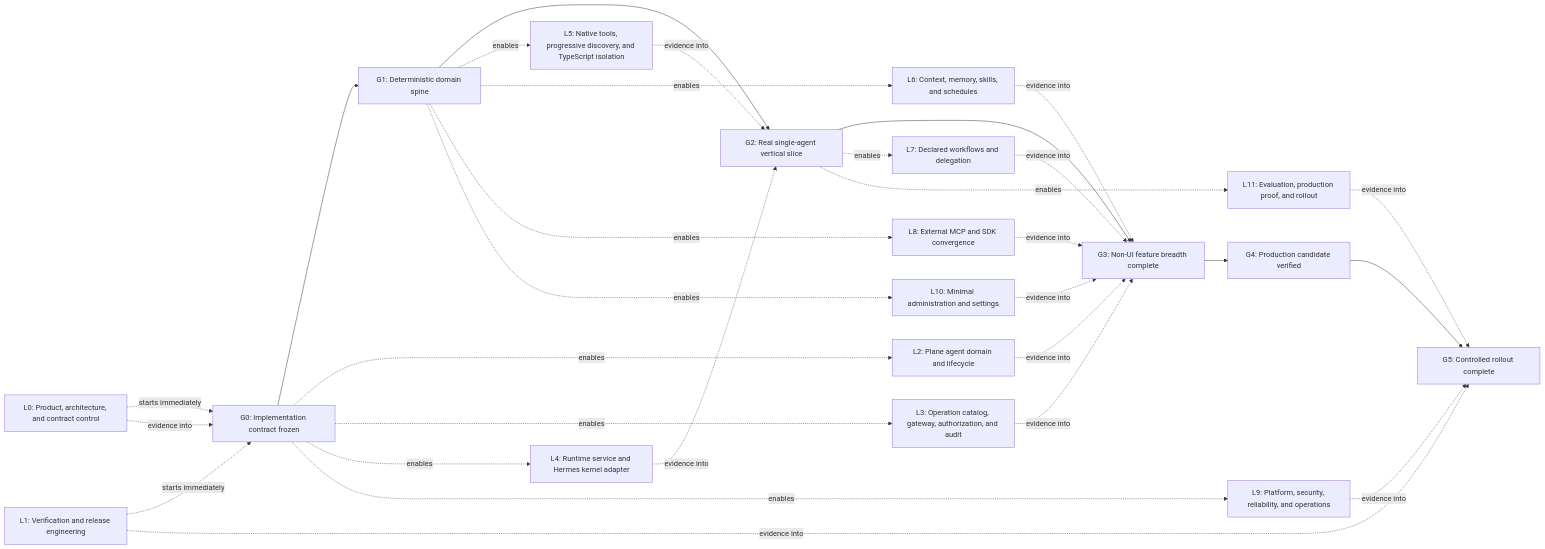
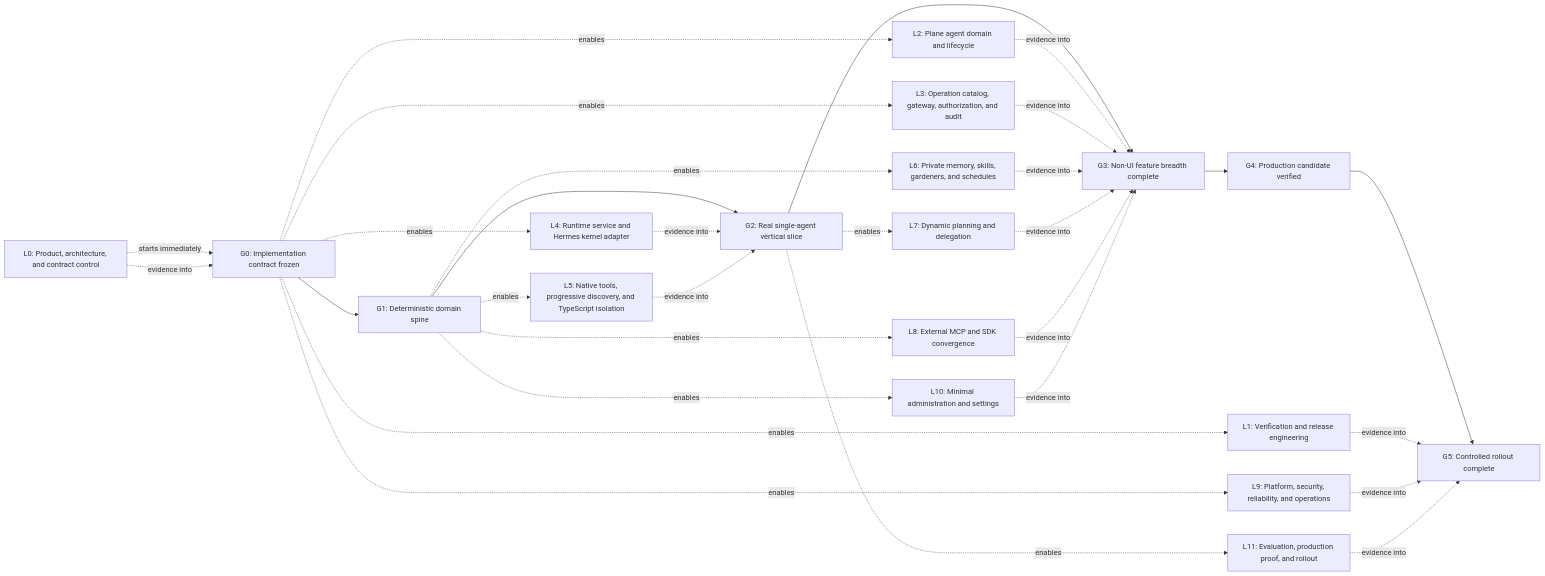
Before and after one commit to uxheavy/plane-runner: the diagram in docs/agent-tooling/NON-UI-IMPLEMENTATION-OVERVIEW.md, drawn with Mermaid. The commit also changed other lines of this file and 17 other files, not shown here.

````diff
--- a/docs/agent-tooling/NON-UI-IMPLEMENTATION-OVERVIEW.md
+++ b/docs/agent-tooling/NON-UI-IMPLEMENTATION-OVERVIEW.md
@@ -57,50 +57,50 @@
 ```mermaid
 flowchart LR
     G0["G0: Implementation contract frozen"]
     G1["G1: Deterministic domain spine"]
     G2["G2: Real single-agent vertical slice"]
     G3["G3: Non-UI feature breadth complete"]
     G4["G4: Production candidate verified"]
     G5["G5: Controlled rollout complete"]
     G0 --> G1
     G1 --> G2
     G2 --> G3
     G3 --> G4
     G4 --> G5
     NL0["L0: Product, architecture, and contract control"]
     NL0 -. starts immediately .-> G0
     NL0 -. evidence into .-> G0
     NL1["L1: Verification and release engineering"]
-    NL1 -. starts immediately .-> G0
+    G0 -. enables .-> NL1
     NL1 -. evidence into .-> G5
     NL2["L2: Plane agent domain and lifecycle"]
     G0 -. enables .-> NL2
     NL2 -. evidence into .-> G3
     NL3["L3: Operation catalog, gateway, authorization, and audit"]
     G0 -. enables .-> NL3
     NL3 -. evidence into .-> G3
     NL4["L4: Runtime service and Hermes kernel adapter"]
     G0 -. enables .-> NL4
     NL4 -. evidence into .-> G2
     NL5["L5: Native tools, progressive discovery, and TypeScript isolation"]
     G1 -. enables .-> NL5
     NL5 -. evidence into .-> G2
-    NL6["L6: Context, memory, skills, and schedules"]
+    NL6["L6: Private memory, skills, gardeners, and schedules"]
     G1 -. enables .-> NL6
     NL6 -. evidence into .-> G3
-    NL7["L7: Declared workflows and delegation"]
+    NL7["L7: Dynamic planning and delegation"]
     G2 -. enables .-> NL7
     NL7 -. evidence into .-> G3
     NL8["L8: External MCP and SDK convergence"]
     G1 -. enables .-> NL8
     NL8 -. evidence into .-> G3
     NL9["L9: Platform, security, reliability, and operations"]
     G0 -. enables .-> NL9
     NL9 -. evidence into .-> G5
     NL10["L10: Minimal administration and settings"]
     G1 -. enables .-> NL10
     NL10 -. evidence into .-> G3
     NL11["L11: Evaluation, production proof, and rollout"]
     G2 -. enables .-> NL11
     NL11 -. evidence into .-> G5
 ```
````
